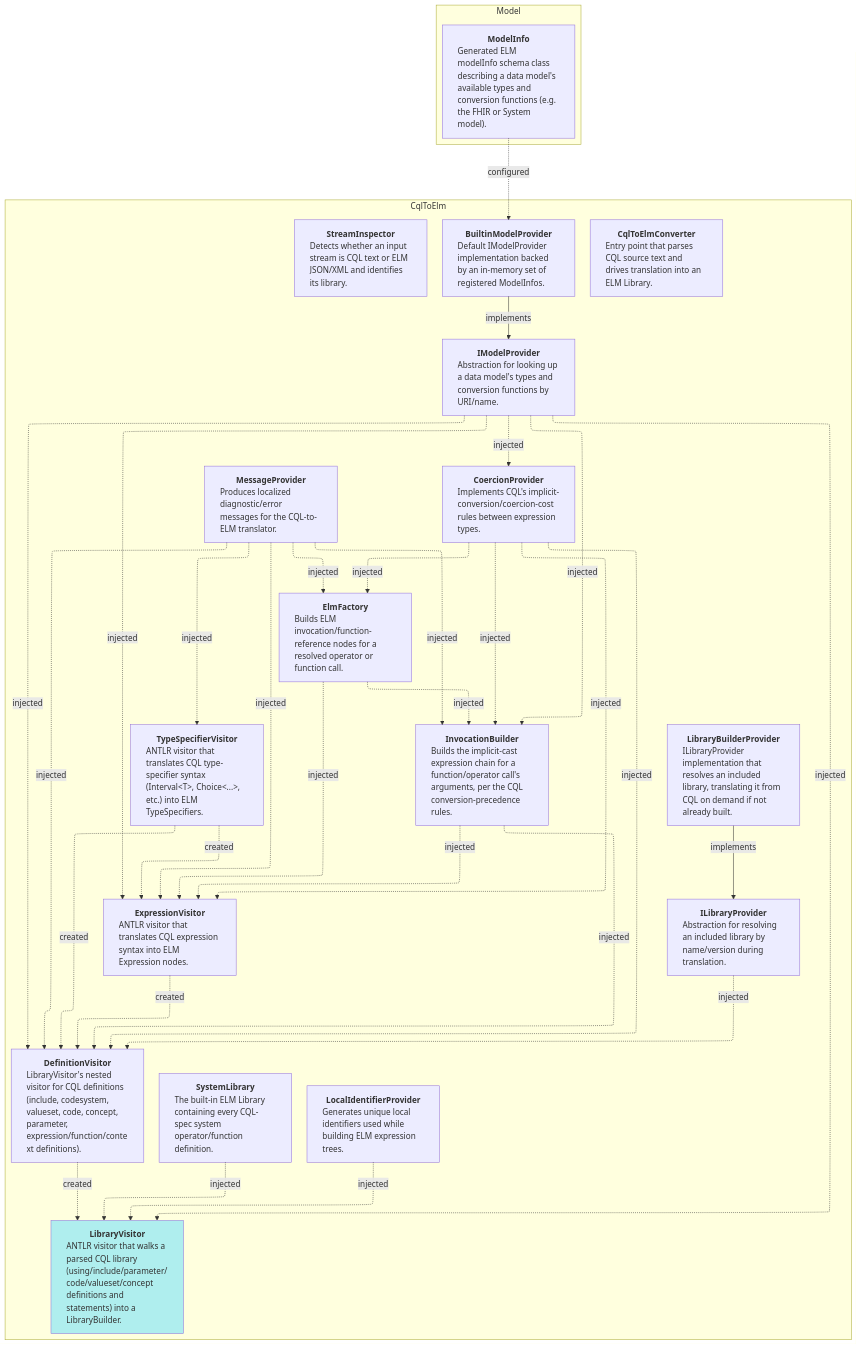
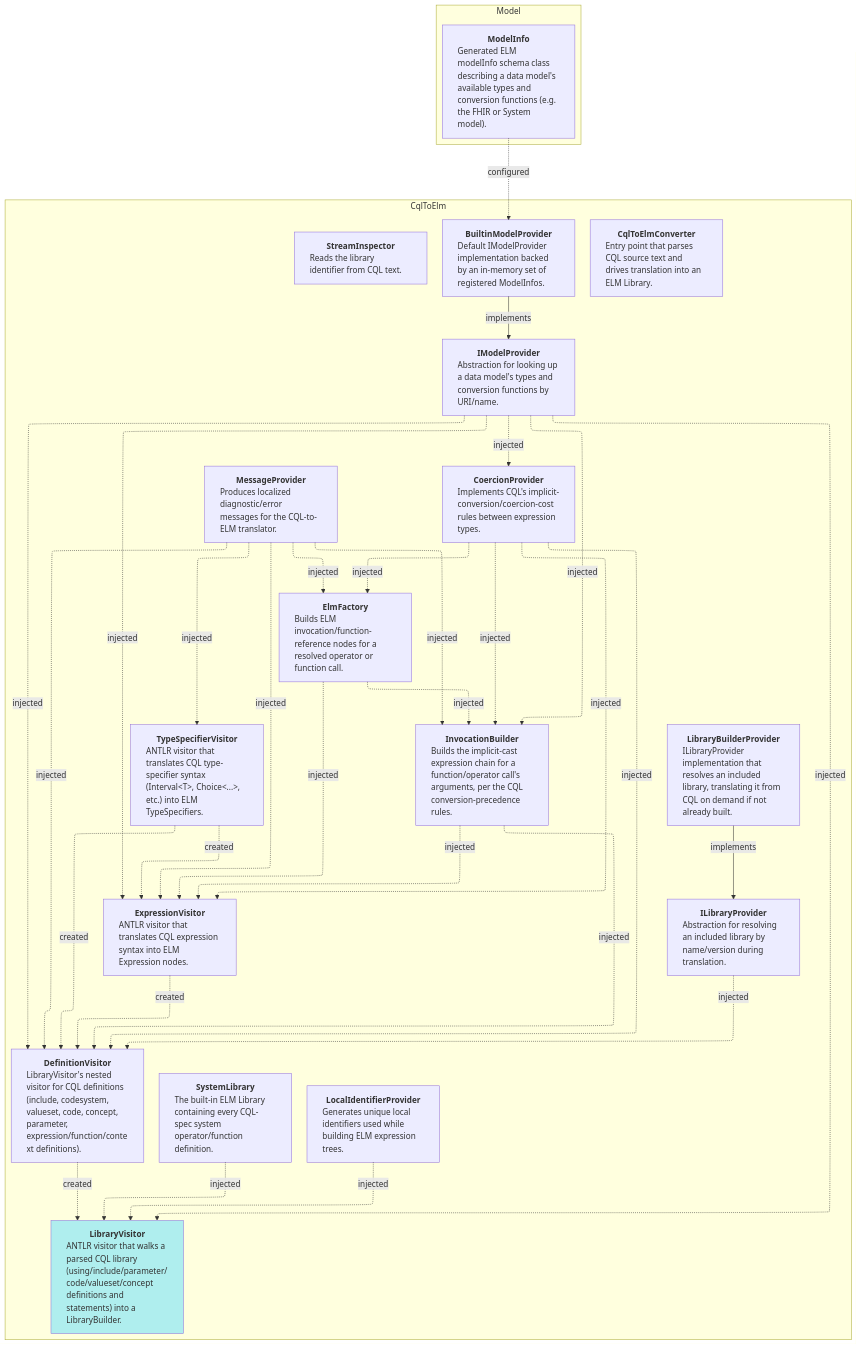
The diagram in docs/diagrams/dependency-diagrams.cql-toolkit-services.mmd (kairo-x26/firely-cql-sdk), drawn with Mermaid before and after one commit. The commit also changed 1 other file, not shown here.

Commit message:
Describe StreamInspector by what it still does in the toolkit-services diagram
Claude-Session: https://claude.ai/code/session_014n66CS1Hut4LmRahdjawrg

```diff
--- a/docs/diagrams/dependency-diagrams.cql-toolkit-services.mmd
+++ b/docs/diagrams/dependency-diagrams.cql-toolkit-services.mmd
@@ -1,75 +1,75 @@
 %%{init: {
     'layout': 'elk',
     'themeVariables':{
       'lineColor': '#333',
       'lineWidth': 4
     },
     'themeCSS': '.edgeLabel, .edgeLabel p, .edgeLabel rect, .labelBkg { background: transparent !important; background-color: transparent !important; fill: transparent !important; }'
 }}%%
 
 flowchart TB
 
 subgraph CqlToElm
 direction TB
 CqlToElmConverter["<b>CqlToElmConverter</b><br/><div style='text-align:left; max-width:280px; overflow-wrap:anywhere;'>Entry point that parses CQL source text and drives translation into an ELM Library.</div>"]
 LibraryBuilderProvider["<b>LibraryBuilderProvider</b><br/><div style='text-align:left; max-width:280px; overflow-wrap:anywhere;'>ILibraryProvider implementation that resolves an included library, translating it from CQL on demand if not already built.</div>"]
 LibraryVisitor["<b>LibraryVisitor</b><br/><div style='text-align:left; max-width:280px; overflow-wrap:anywhere;'>ANTLR visitor that walks a parsed CQL library (using/include/parameter/code/valueset/concept definitions and statements) into a LibraryBuilder.</div>"]
 DefinitionVisitor["<b>DefinitionVisitor</b><br/><div style='text-align:left; max-width:280px; overflow-wrap:anywhere;'>LibraryVisitor's nested visitor for CQL definitions (include, codesystem, valueset, code, concept, parameter, expression/function/context definitions).</div>"]
 ExpressionVisitor["<b>ExpressionVisitor</b><br/><div style='text-align:left; max-width:280px; overflow-wrap:anywhere;'>ANTLR visitor that translates CQL expression syntax into ELM Expression nodes.</div>"]
 TypeSpecifierVisitor["<b>TypeSpecifierVisitor</b><br/><div style='text-align:left; max-width:280px; overflow-wrap:anywhere;'>ANTLR visitor that translates CQL type-specifier syntax (Interval&lt;T&gt;, Choice&lt;...&gt;, etc.) into ELM TypeSpecifiers.</div>"]
 ILibraryProvider["<b>ILibraryProvider</b><br/><div style='text-align:left; max-width:280px; overflow-wrap:anywhere;'>Abstraction for resolving an included library by name/version during translation.</div>"]
 IModelProvider["<b>IModelProvider</b><br/><div style='text-align:left; max-width:280px; overflow-wrap:anywhere;'>Abstraction for looking up a data model's types and conversion functions by URI/name.</div>"]
 CoercionProvider["<b>CoercionProvider</b><br/><div style='text-align:left; max-width:280px; overflow-wrap:anywhere;'>Implements CQL's implicit-conversion/coercion-cost rules between expression types.</div>"]
 ElmFactory["<b>ElmFactory</b><br/><div style='text-align:left; max-width:280px; overflow-wrap:anywhere;'>Builds ELM invocation/function-reference nodes for a resolved operator or function call.</div>"]
 SystemLibrary["<b>SystemLibrary</b><br/><div style='text-align:left; max-width:280px; overflow-wrap:anywhere;'>The built-in ELM Library containing every CQL-spec system operator/function definition.</div>"]
-StreamInspector["<b>StreamInspector</b><br/><div style='text-align:left; max-width:280px; overflow-wrap:anywhere;'>Detects whether an input stream is CQL text or ELM JSON/XML and identifies its library.</div>"]
+StreamInspector["<b>StreamInspector</b><br/><div style='text-align:left; max-width:280px; overflow-wrap:anywhere;'>Reads the library identifier from CQL text.</div>"]
 InvocationBuilder["<b>InvocationBuilder</b><br/><div style='text-align:left; max-width:280px; overflow-wrap:anywhere;'>Builds the implicit-cast expression chain for a function/operator call's arguments, per the CQL conversion-precedence rules.</div>"]
 LocalIdentifierProvider["<b>LocalIdentifierProvider</b><br/><div style='text-align:left; max-width:280px; overflow-wrap:anywhere;'>Generates unique local identifiers used while building ELM expression trees.</div>"]
 MessageProvider["<b>MessageProvider</b><br/><div style='text-align:left; max-width:280px; overflow-wrap:anywhere;'>Produces localized diagnostic/error messages for the CQL-to-ELM translator.</div>"]
 BuiltinModelProvider["<b>BuiltinModelProvider</b><br/><div style='text-align:left; max-width:280px; overflow-wrap:anywhere;'>Default IModelProvider implementation backed by an in-memory set of registered ModelInfos.</div>"]
 end
 
 subgraph Model
 direction TB
 ModelInfo["<b>ModelInfo</b><br/><div style='text-align:left; max-width:280px; overflow-wrap:anywhere;'>Generated ELM modelInfo schema class describing a data model's available types and conversion functions (e.g. the FHIR or System model).</div>"]
 end
 
 style LibraryVisitor fill:#AFEEEE
 
 BuiltinModelProvider -->|implements| IModelProvider
 LibraryBuilderProvider -->|implements| ILibraryProvider
 
 SystemLibrary -.->|injected| LibraryVisitor
 IModelProvider -.->|injected| LibraryVisitor
 LocalIdentifierProvider -.->|injected| LibraryVisitor
 
 IModelProvider -.->|injected| DefinitionVisitor
 ILibraryProvider -.->|injected| DefinitionVisitor
 CoercionProvider -.->|injected| DefinitionVisitor
 MessageProvider -.->|injected| DefinitionVisitor
 InvocationBuilder -.->|injected| DefinitionVisitor
 
 IModelProvider -.->|injected| ExpressionVisitor
 CoercionProvider -.->|injected| ExpressionVisitor
 ElmFactory -.->|injected| ExpressionVisitor
 MessageProvider -.->|injected| ExpressionVisitor
 InvocationBuilder -.->|injected| ExpressionVisitor
 
 MessageProvider -.->|injected| TypeSpecifierVisitor
 
 IModelProvider -.->|injected| InvocationBuilder
 CoercionProvider -.->|injected| InvocationBuilder
 ElmFactory -.->|injected| InvocationBuilder
 MessageProvider -.->|injected| InvocationBuilder
 
 IModelProvider -.->|injected| CoercionProvider
 
 CoercionProvider -.->|injected| ElmFactory
 MessageProvider -.->|injected| ElmFactory
 
 DefinitionVisitor -.->|created| LibraryVisitor
 ExpressionVisitor -.->|created| DefinitionVisitor
 TypeSpecifierVisitor -.->|created| DefinitionVisitor
 TypeSpecifierVisitor -.->|created| ExpressionVisitor
 
 ModelInfo -.->|configured| BuiltinModelProvider
```
